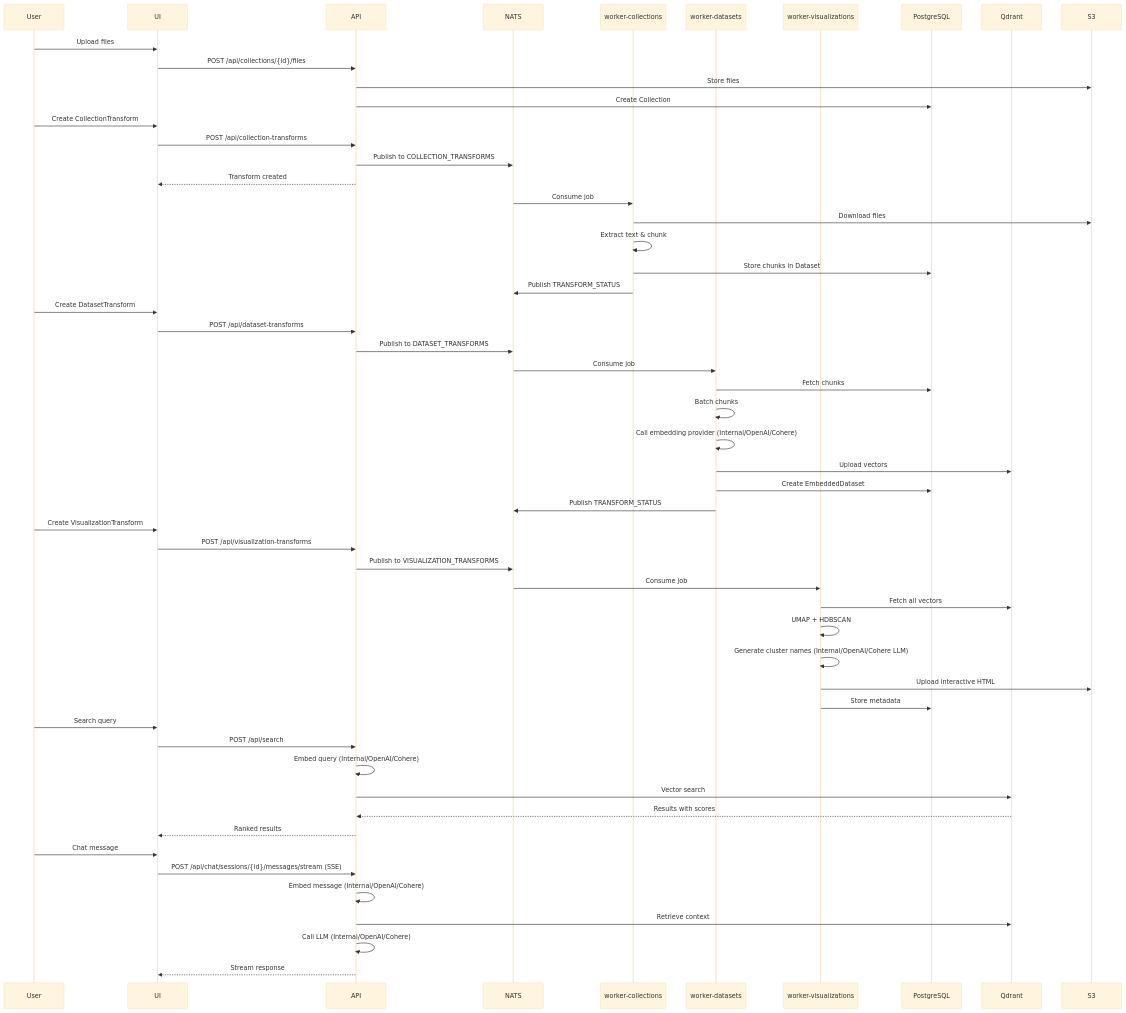
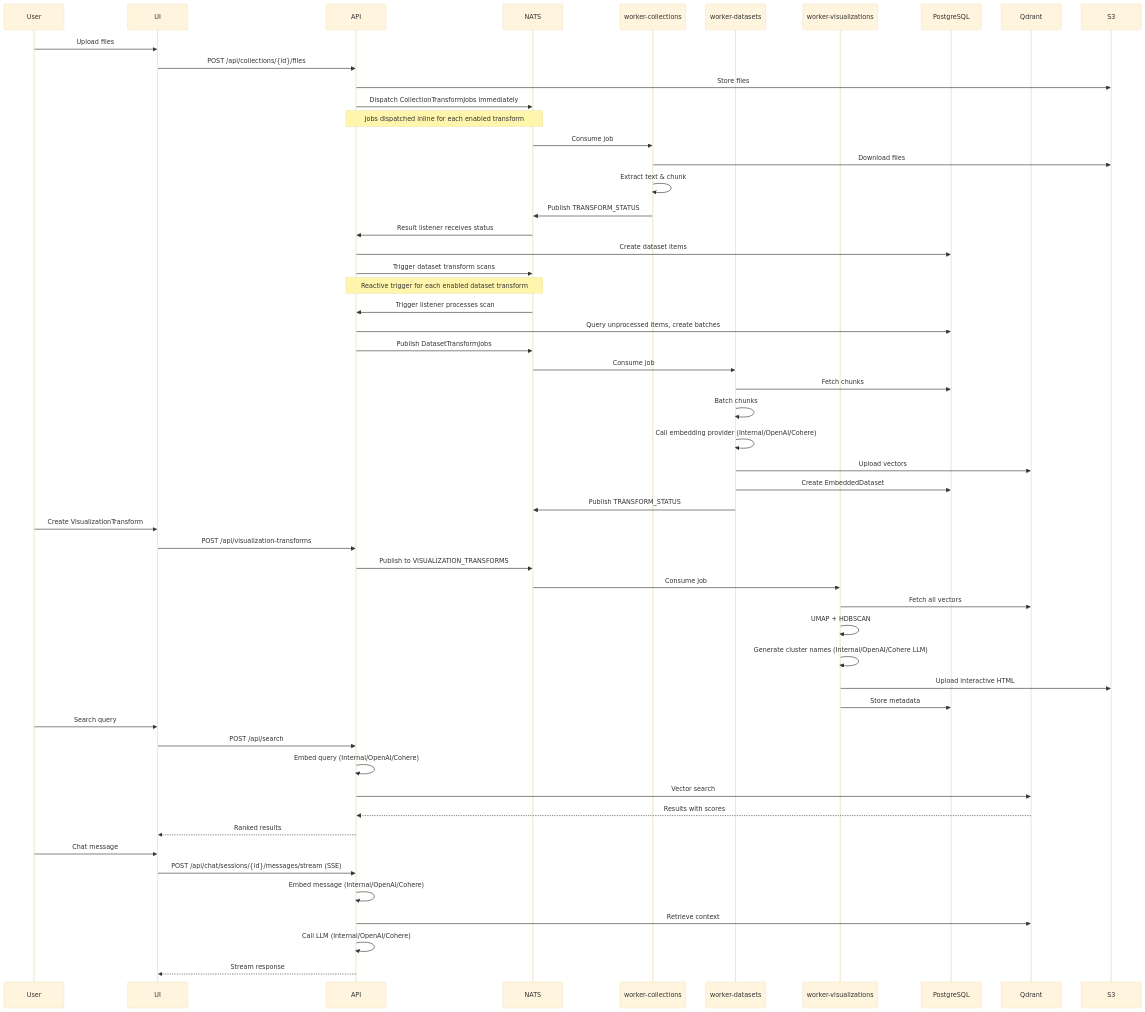
Before and after one commit to FishySoftware/semantic-explorer: the second of 2 diagrams in README.md, drawn with Mermaid (base theme). The commit also changed other lines of this file and 134 other files, not shown here.

````diff
--- a/README.md
+++ b/README.md
@@ -137,66 +139,66 @@
 ```mermaid
 sequenceDiagram
     participant User
     participant UI
     participant API
     participant NATS
     participant WC as worker-collections
     participant WD as worker-datasets
     participant WV as worker-visualizations
     participant PG as PostgreSQL
     participant QD as Qdrant
     participant S3
 
     User->>UI: Upload files
     UI->>API: POST /api/collections/{id}/files
     API->>S3: Store files
-    API->>PG: Create Collection
-
-    User->>UI: Create CollectionTransform
-    UI->>API: POST /api/collection-transforms
-    API->>NATS: Publish to COLLECTION_TRANSFORMS
-    API-->>UI: Transform created
+    API->>NATS: Dispatch CollectionTransformJobs immediately
+    Note over API,NATS: Jobs dispatched inline for each enabled transform
 
     NATS->>WC: Consume job
     WC->>S3: Download files
     WC->>WC: Extract text & chunk
-    WC->>PG: Store chunks in Dataset
     WC->>NATS: Publish TRANSFORM_STATUS
 
-    User->>UI: Create DatasetTransform
-    UI->>API: POST /api/dataset-transforms
-    API->>NATS: Publish to DATASET_TRANSFORMS
+    NATS->>API: Result listener receives status
+    API->>PG: Create dataset items
+    API->>NATS: Trigger dataset transform scans
+    Note over API,NATS: Reactive trigger for each enabled dataset transform
+
+    NATS->>API: Trigger listener processes scan
+    API->>PG: Query unprocessed items, create batches
+    API->>NATS: Publish DatasetTransformJobs
 
     NATS->>WD: Consume job
     WD->>PG: Fetch chunks
     WD->>WD: Batch chunks
     WD->>WD: Call embedding provider (Internal/OpenAI/Cohere)
     WD->>QD: Upload vectors
     WD->>PG: Create EmbeddedDataset
     WD->>NATS: Publish TRANSFORM_STATUS
 
     User->>UI: Create VisualizationTransform
     UI->>API: POST /api/visualization-transforms
     API->>NATS: Publish to VISUALIZATION_TRANSFORMS
 
     NATS->>WV: Consume job
     WV->>QD: Fetch all vectors
     WV->>WV: UMAP + HDBSCAN
     WV->>WV: Generate cluster names (Internal/OpenAI/Cohere LLM)
     WV->>S3: Upload interactive HTML
     WV->>PG: Store metadata
 
     User->>UI: Search query
     UI->>API: POST /api/search
     API->>API: Embed query (Internal/OpenAI/Cohere)
     API->>QD: Vector search
     QD-->>API: Results with scores
     API-->>UI: Ranked results
 
     User->>UI: Chat message
     UI->>API: POST /api/chat/sessions/{id}/messages/stream (SSE)
     API->>API: Embed message (Internal/OpenAI/Cohere)
     API->>QD: Retrieve context
     API->>API: Call LLM (Internal/OpenAI/Cohere)
     API-->>UI: Stream response
 ```
````
